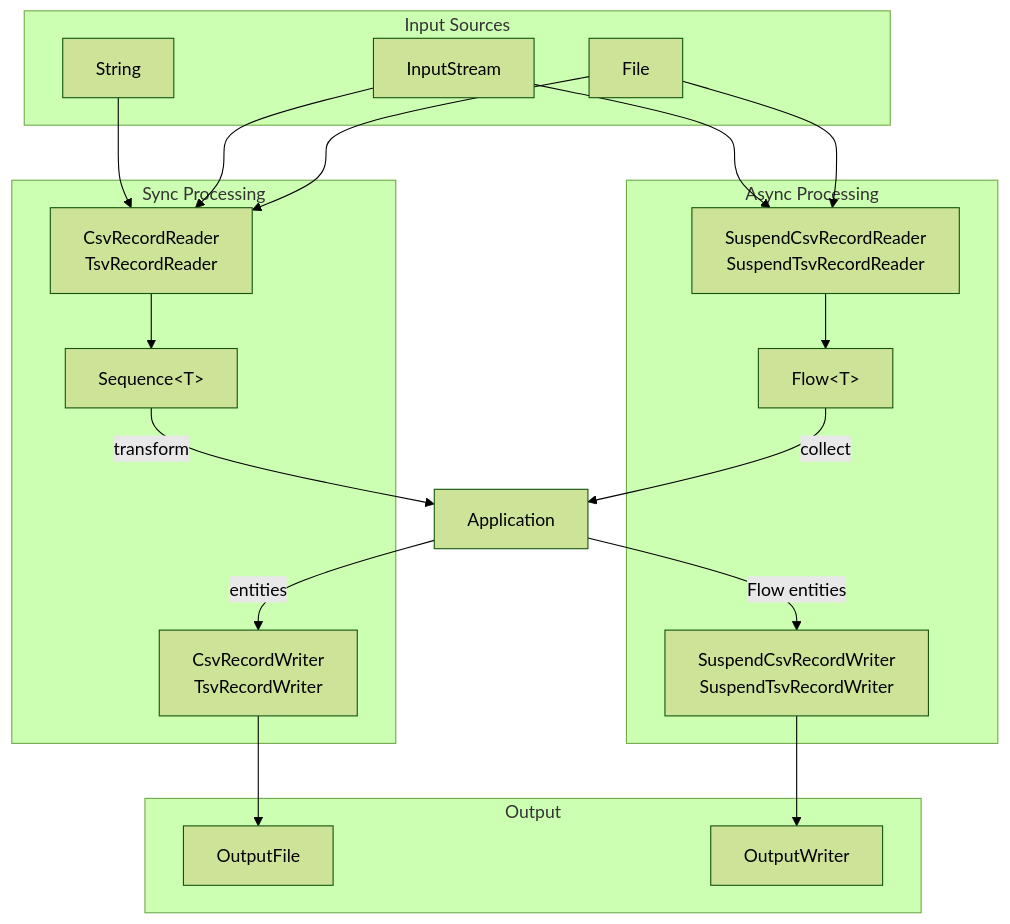
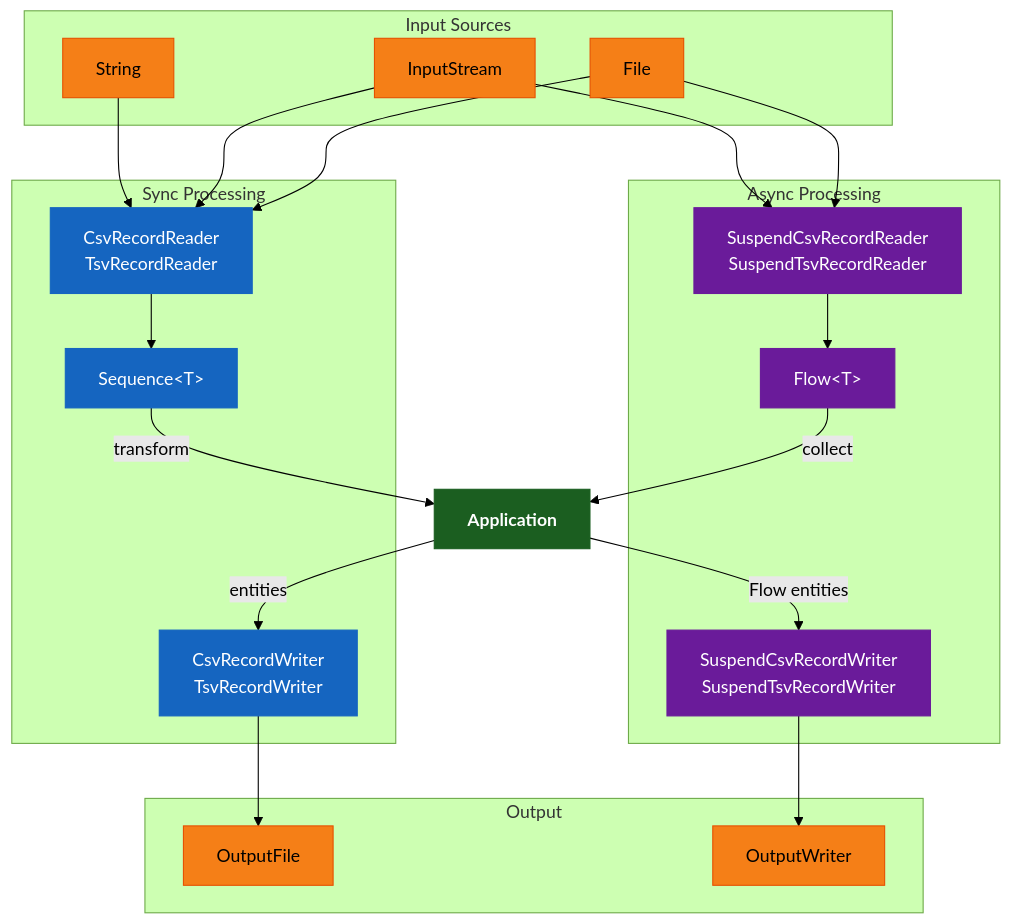
The second of 2 diagrams in io/csv/README.md (bluetape4k/bluetape4k-projects), drawn with Mermaid (forest theme) before and after one commit. The commit also changed other lines of this file and 221 other files, not shown here.

First line of the commit message:
docs: 전체 모듈 README UML 다이어그램 보강 및 색상 업그레이드

````diff
--- a/io/csv/README.md
+++ b/io/csv/README.md
@@ -57,38 +70,48 @@
 ```mermaid
 flowchart TD
     subgraph Input Sources
         F[File]
         IS[InputStream]
         STR[String]
     end
 
     subgraph Sync Processing
         CR[CsvRecordReader<br/>TsvRecordReader]
         CW[CsvRecordWriter<br/>TsvRecordWriter]
         SEQ["Sequence&lt;T&gt;"]
     end
 
     subgraph Async Processing
         SCR[SuspendCsvRecordReader<br/>SuspendTsvRecordReader]
         SCW[SuspendCsvRecordWriter<br/>SuspendTsvRecordWriter]
         FL["Flow&lt;T&gt;"]
     end
 
     subgraph Output
         OF[OutputFile]
         OW[OutputWriter]
     end
 
     F --> CR --> SEQ
     IS --> CR
     STR --> CR
 
     F --> SCR --> FL
     IS --> SCR
 
     SEQ -->|transform| App[Application]
     FL -->|collect| App
 
     App -->|entities| CW --> OF
     App -->|Flow entities| SCW --> OW
+
+    classDef coreStyle fill:#1B5E20,stroke:#1B5E20,color:#FFFFFF,font-weight:bold
+    classDef asyncStyle fill:#6A1B9A,stroke:#6A1B9A,color:#FFFFFF
+    classDef serviceStyle fill:#1565C0,stroke:#1565C0,color:#FFFFFF
+    classDef dataStyle fill:#F57F17,stroke:#E65100,color:#000000
+
+    class App coreStyle
+    class SCR,SCW,FL asyncStyle
+    class CR,CW,SEQ serviceStyle
+    class F,IS,STR,OF,OW dataStyle
 ```
````
